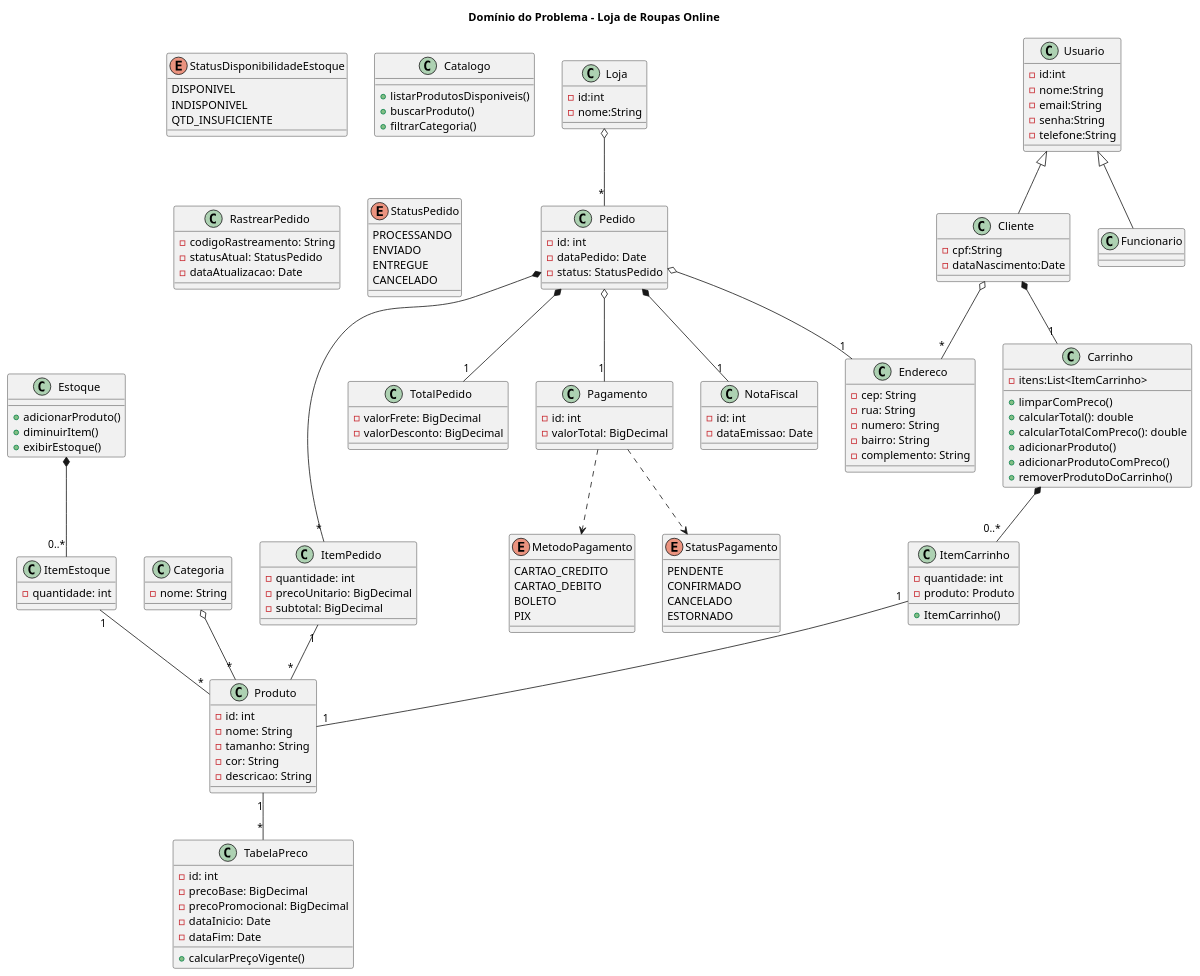
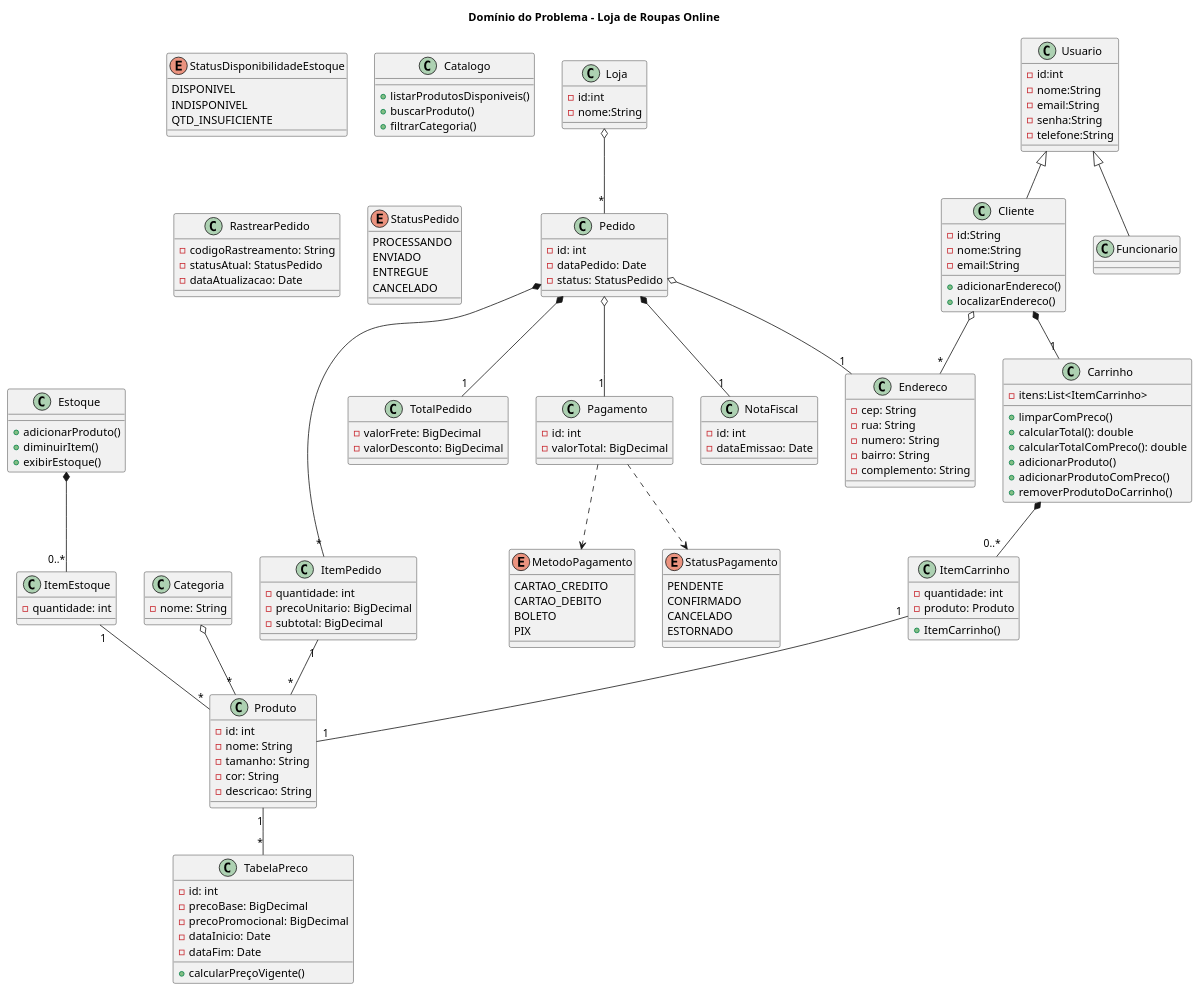
One commit to Wyklify/projeto_lojaOline_final changed the first of 2 diagrams in Uml_Final.plantuml. Above: the diagram before and after it, drawn with PlantUML. The commit also changed 2 other files, not shown here.

```diff
--- a/Uml_Final.plantuml
+++ b/Uml_Final.plantuml
@@ -49,9 +49,14 @@
     -telefone:String
 }
 
+
+
 class Cliente extends Usuario {
-    -cpf:String
-    -dataNascimento:Date
+    -id:String
+    -nome:String
+    -email:String
+    +adicionarEndereco()
+    +localizarEndereco()
 }
 
 class Funcionario extends Usuario {
```
